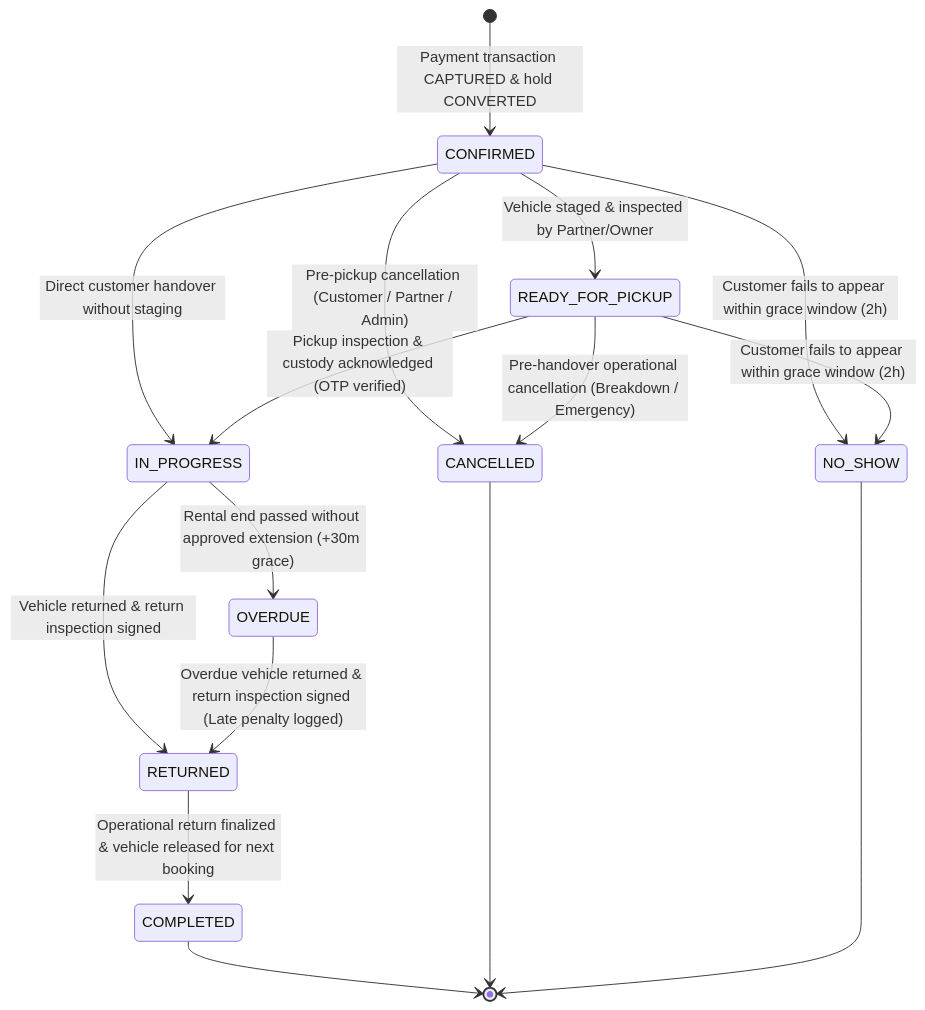
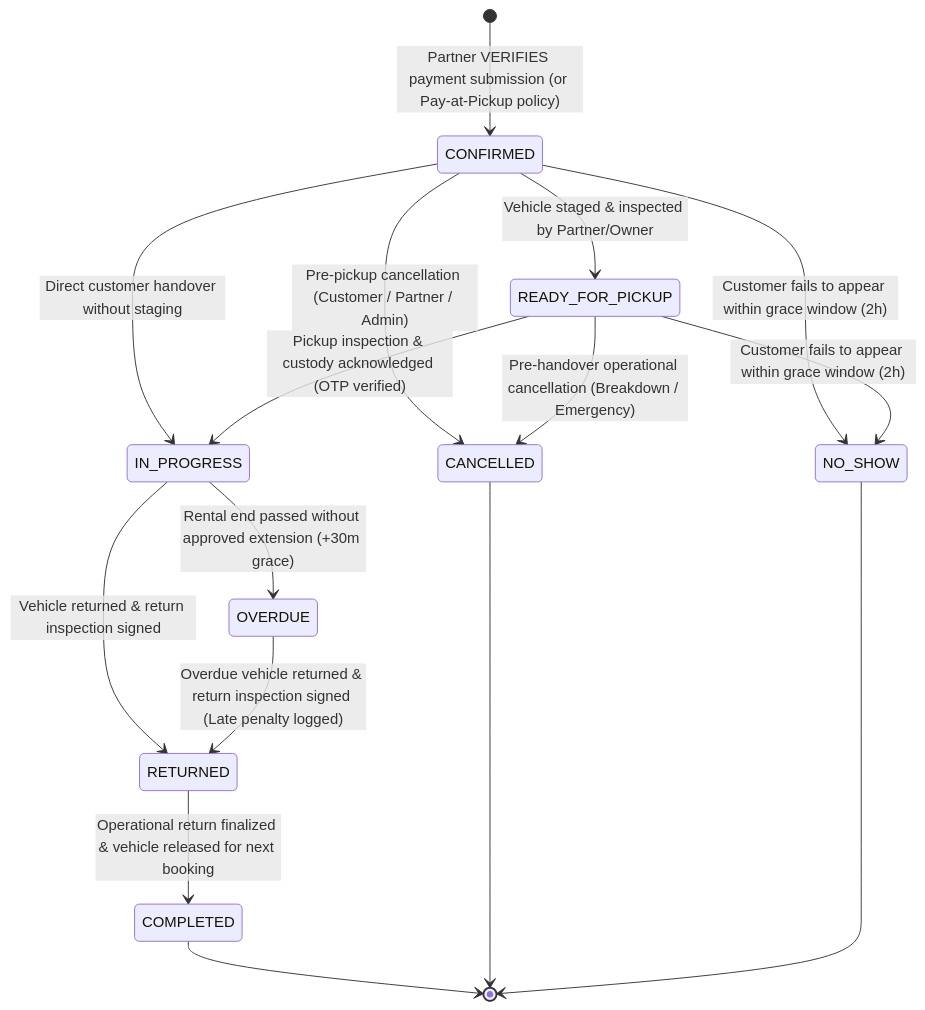
One commit to jayasai14/vehicle-rental-platform changed the second of 8 diagrams in docs/STATE_MACHINES.md. Above: the diagram before and after it, drawn with Mermaid. The commit also changed other lines of this file and 14 other files, not shown here.

Commit message:
docs: reconcile payment architecture to partner-direct collection model

````diff
--- a/docs/STATE_MACHINES.md
+++ b/docs/STATE_MACHINES.md
@@ -41,23 +50,23 @@
 ```mermaid
 stateDiagram-v2
-    [*] --> CONFIRMED: Payment transaction CAPTURED & hold CONVERTED
+    [*] --> CONFIRMED: Partner VERIFIES payment submission (or Pay-at-Pickup policy)
     
     CONFIRMED --> READY_FOR_PICKUP: Vehicle staged & inspected by Partner/Owner
     CONFIRMED --> IN_PROGRESS: Direct customer handover without staging
     CONFIRMED --> CANCELLED: Pre-pickup cancellation (Customer / Partner / Admin)
     CONFIRMED --> NO_SHOW: Customer fails to appear within grace window (2h)
     
     READY_FOR_PICKUP --> IN_PROGRESS: Pickup inspection & custody acknowledged (OTP verified)
     READY_FOR_PICKUP --> CANCELLED: Pre-handover operational cancellation (Breakdown / Emergency)
     READY_FOR_PICKUP --> NO_SHOW: Customer fails to appear within grace window (2h)
     
     IN_PROGRESS --> OVERDUE: Rental end passed without approved extension (+30m grace)
     IN_PROGRESS --> RETURNED: Vehicle returned & return inspection signed
     OVERDUE --> RETURNED: Overdue vehicle returned & return inspection signed (Late penalty logged)
     
     RETURNED --> COMPLETED: Operational return finalized & vehicle released for next booking
     
     COMPLETED --> [*]
     CANCELLED --> [*]
     NO_SHOW --> [*]
 ```
````
